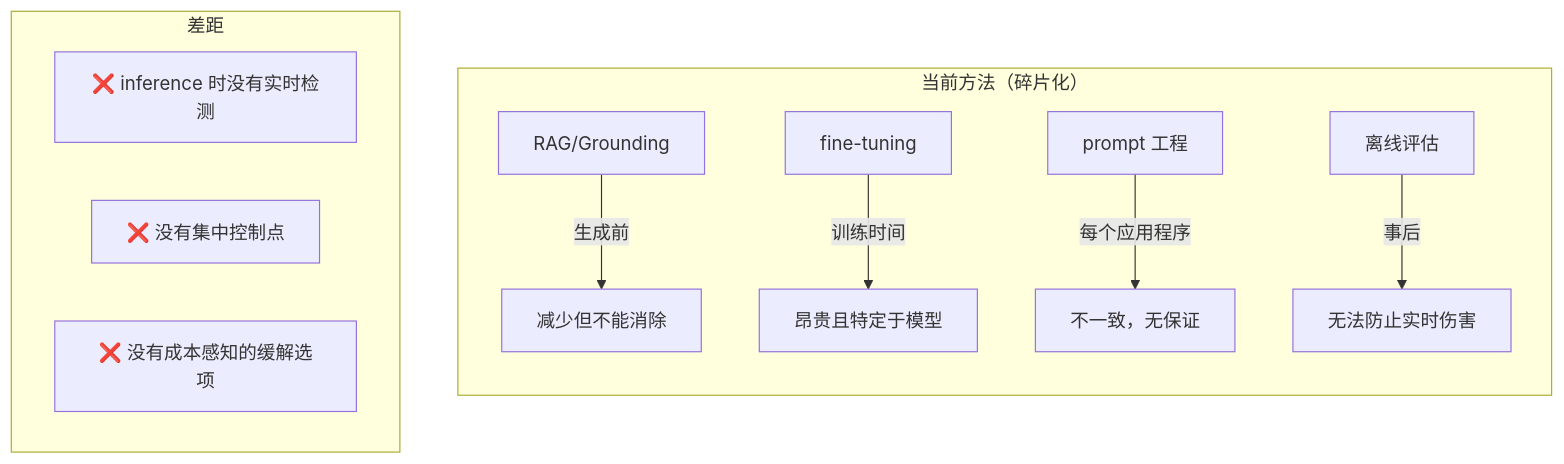
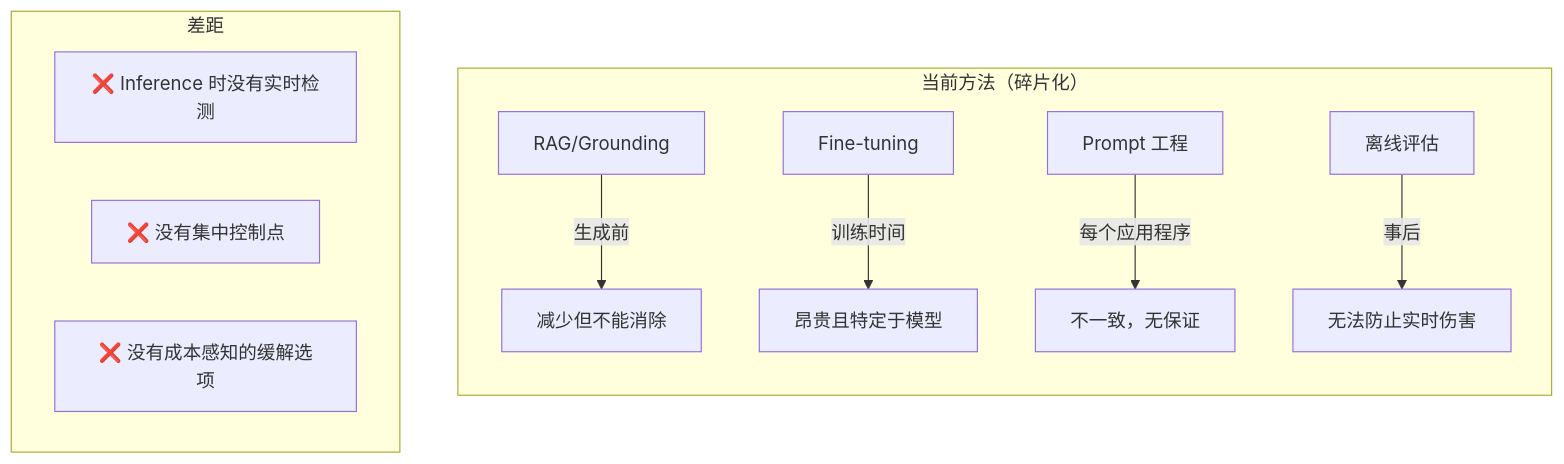
The first of 7 diagrams in website/i18n/zh-Hans/docusaurus-plugin-content-docs/current/proposals/hallucination-mitigation-milestone.md (vllm-project/semantic-router), drawn with Mermaid before and after one commit. The commit also changed other lines of this file and 3 other files, not shown here.

````diff
--- a/website/i18n/zh-Hans/docusaurus-plugin-content-docs/current/proposals/hallucination-mitigation-milestone.md
+++ b/website/i18n/zh-Hans/docusaurus-plugin-content-docs/current/proposals/hallucination-mitigation-milestone.md
@@ -51,16 +44,16 @@
 ```mermaid
 flowchart TB
     subgraph "当前方法（碎片化）"
         direction TB
         A[RAG/Grounding] -->|生成前| B[减少但不能消除]
-        C[fine-tuning] -->|训练时间| D[昂贵且特定于模型]
-        E[prompt 工程] -->|每个应用程序| F[不一致，无保证]
+        C[Fine-tuning] -->|训练时间| D[昂贵且特定于模型]
+        E[Prompt 工程] -->|每个应用程序| F[不一致，无保证]
         G[离线评估] -->|事后| H[无法防止实时伤害]
     end
 
     subgraph "差距"
-        I[❌ inference 时没有实时检测]
+        I[❌ Inference 时没有实时检测]
         J[❌ 没有集中控制点]
         K[❌ 没有成本感知的缓解选项]
     end
 ```
````
